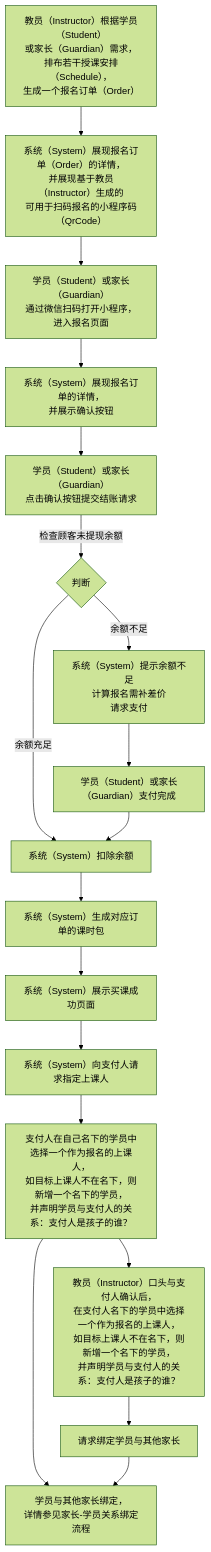
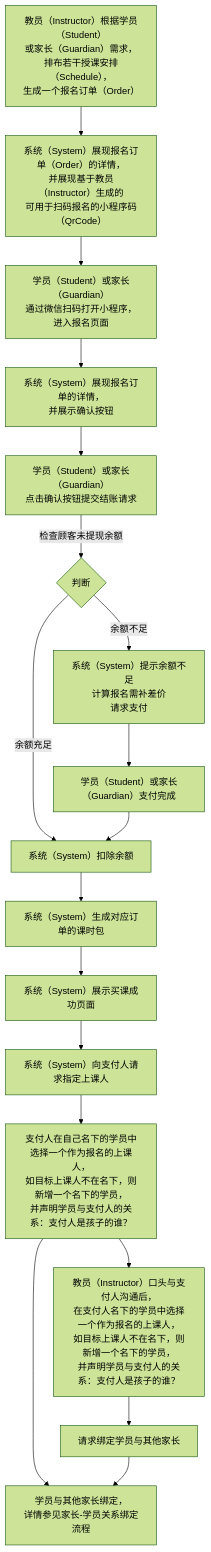
The diagram in 用例/报名.md (world-wide-web/sign), drawn with Mermaid (forest theme) before and after one commit. The commit also changed other lines of this file, not shown here.

````diff
--- a/用例/报名.md
+++ b/用例/报名.md
@@ -7,53 +7,53 @@
 ```mermaid
 graph TD
 
 生成报名订单-->生成报名码
 生成报名码-->扫码报名
 扫码报名-->展现报名订单
 展现报名订单-->确认并提交结账请求
 确认并提交结账请求--检查顾客未提现余额-->检查顾客未提现余额
 检查顾客未提现余额--余额充足-->扣除余额
 检查顾客未提现余额--余额不足-->请求支付
 请求支付-->支付完成
 支付完成-->扣除余额
 扣除余额-->生成课时包
 生成课时包-->提示买课成功
 提示买课成功-->请求身份声明
 请求身份声明-->指定上课人
 指定上课人-->教员代理身份声明
 教员代理身份声明-->请求绑定学员与其他家长
 指定上课人-->学员与其他家长绑定
 请求绑定学员与其他家长-->学员与其他家长绑定
 
 生成报名订单["<center>教员（Instructor）根据学员（Student）<br>或家长（Guardian）需求，<br>排布若干授课安排（Schedule），<br>生成一个报名订单（Order）</center>"]
 
 生成报名码["<center>系统（System）展现报名订单（Order）的详情，<br>并展现基于教员（Instructor）生成的<br>可用于扫码报名的小程序码（QrCode）</center>"]
 
 扫码报名["<center>学员（Student）或家长（Guardian）<br>通过微信扫码打开小程序，进入报名页面</center>"]
 
 展现报名订单["<center>系统（System）展现报名订单的详情，<br>并展示确认按钮</center>"]
 
 确认并提交结账请求["<center>学员（Student）或家长（Guardian）<br>点击确认按钮提交结账请求</center>"]
 
 检查顾客未提现余额{判断}
 
 请求支付["<center>系统（System）提示余额不足<br>计算报名需补差价<br>请求支付</center>"]
 
 支付完成["<center>学员（Student）或家长（Guardian）支付完成</center>"]
 
 扣除余额["<center>系统（System）扣除余额</center>"]
 
 生成课时包["<center>系统（System）生成对应订单的课时包</center>"]
 
 提示买课成功["<center>系统（System）展示买课成功页面</center>"]
 
 请求身份声明["<center>系统（System）向支付人请求指定上课人</center>"]
 
 指定上课人["<center>支付人在自己名下的学员中选择一个作为报名的上课人，<br>如目标上课人不在名下，则新增一个名下的学员，<br>并声明学员与支付人的关系：支付人是孩子的谁？</center>"]
 
-教员代理身份声明["<center>教员（Instructor）口头与支付人确认后，<br>在支付人名下的学员中选择一个作为报名的上课人，<br>如目标上课人不在名下，则新增一个名下的学员，<br>并声明学员与支付人的关系：支付人是孩子的谁？</center>"]
+教员代理身份声明["<center>教员（Instructor）口头与支付人沟通后，<br>在支付人名下的学员中选择一个作为报名的上课人，<br>如目标上课人不在名下，则新增一个名下的学员，<br>并声明学员与支付人的关系：支付人是孩子的谁？</center>"]
 
 请求绑定学员与其他家长
 
 学员与其他家长绑定["<center>学员与其他家长绑定，<br>详情参见家长-学员关系绑定流程</center>"]
 ```
````
